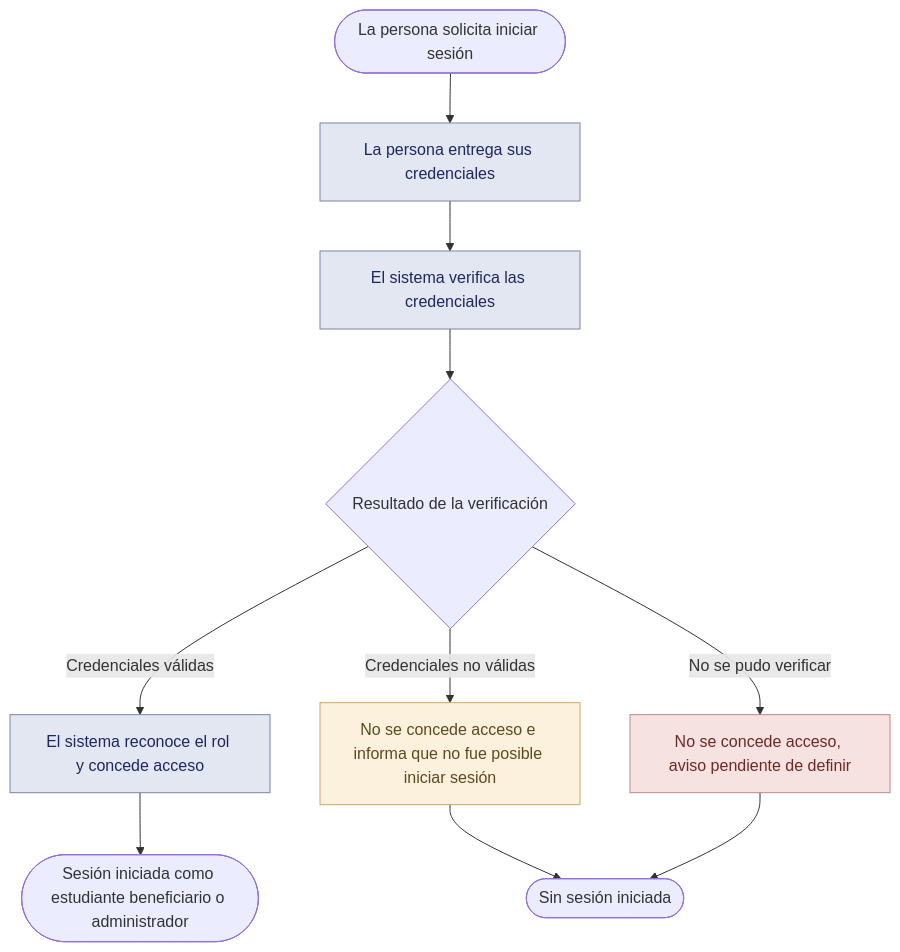
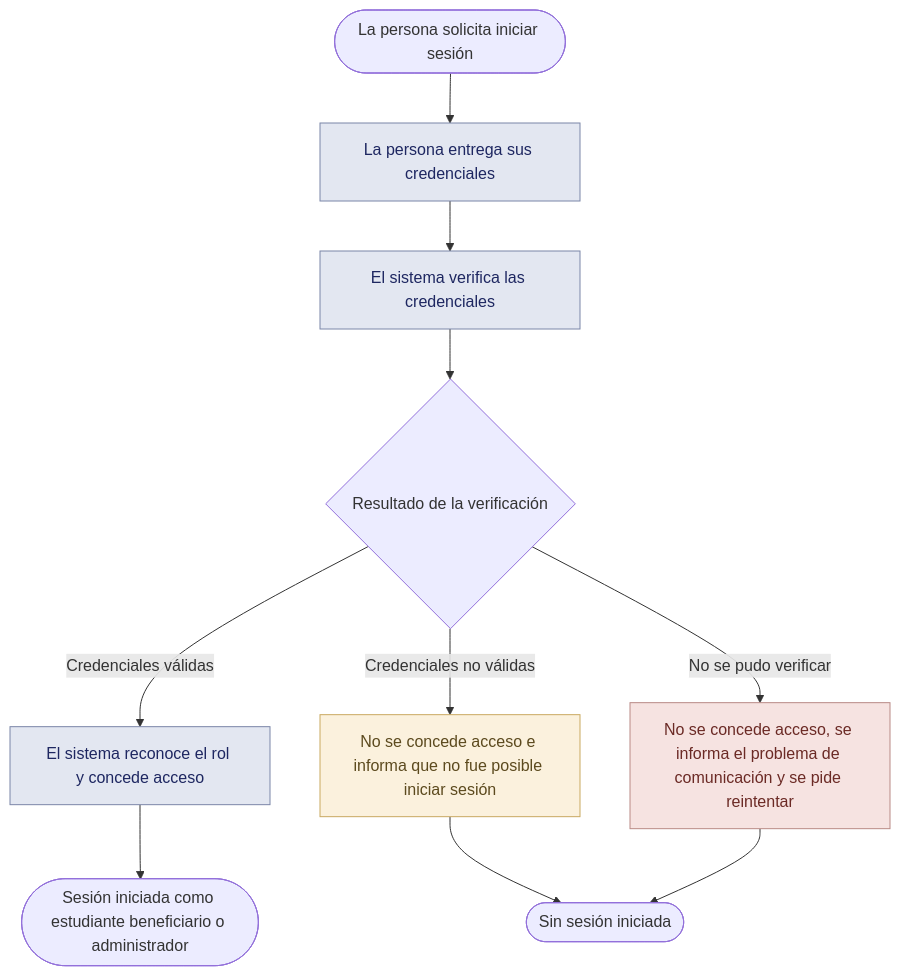
One commit to alfredoquev/Almuerzate.app changed the diagram in docs/requirements/REQ-11.md. Above: the diagram before and after it, drawn with Mermaid. The commit also changed other lines of this file, not shown here.

````diff
--- a/docs/requirements/REQ-11.md
+++ b/docs/requirements/REQ-11.md
@@ -133,19 +134,19 @@
 ```mermaid
 flowchart TD
     A(["La persona solicita iniciar sesión"]) --> B["La persona entrega sus credenciales"]
     B --> C["El sistema verifica las credenciales"]
     C --> D{"Resultado de la verificación"}
     D -- "Credenciales válidas" --> E["El sistema reconoce el rol y concede acceso"]
     E --> F(["Sesión iniciada como estudiante beneficiario o administrador"])
     D -- "Credenciales no válidas" --> G["No se concede acceso e informa que no fue posible iniciar sesión"]
-    D -- "No se pudo verificar" --> H["No se concede acceso, aviso pendiente de definir"]
+    D -- "No se pudo verificar" --> H["No se concede acceso, se informa el problema de comunicación y se pide reintentar"]
     G --> I(["Sin sesión iniciada"])
     H --> I
-
+ 
     classDef mainflow fill:#E3E7F1,color:#1E2761,stroke:#7B86A8;
     classDef alt fill:#FBF1DD,color:#5C4A1E,stroke:#C9A961;
     classDef exception fill:#F6E3E1,color:#6B2A25,stroke:#B98A86;
     class B,C,E mainflow;
     class G alt;
     class H exception;
 ```
````
